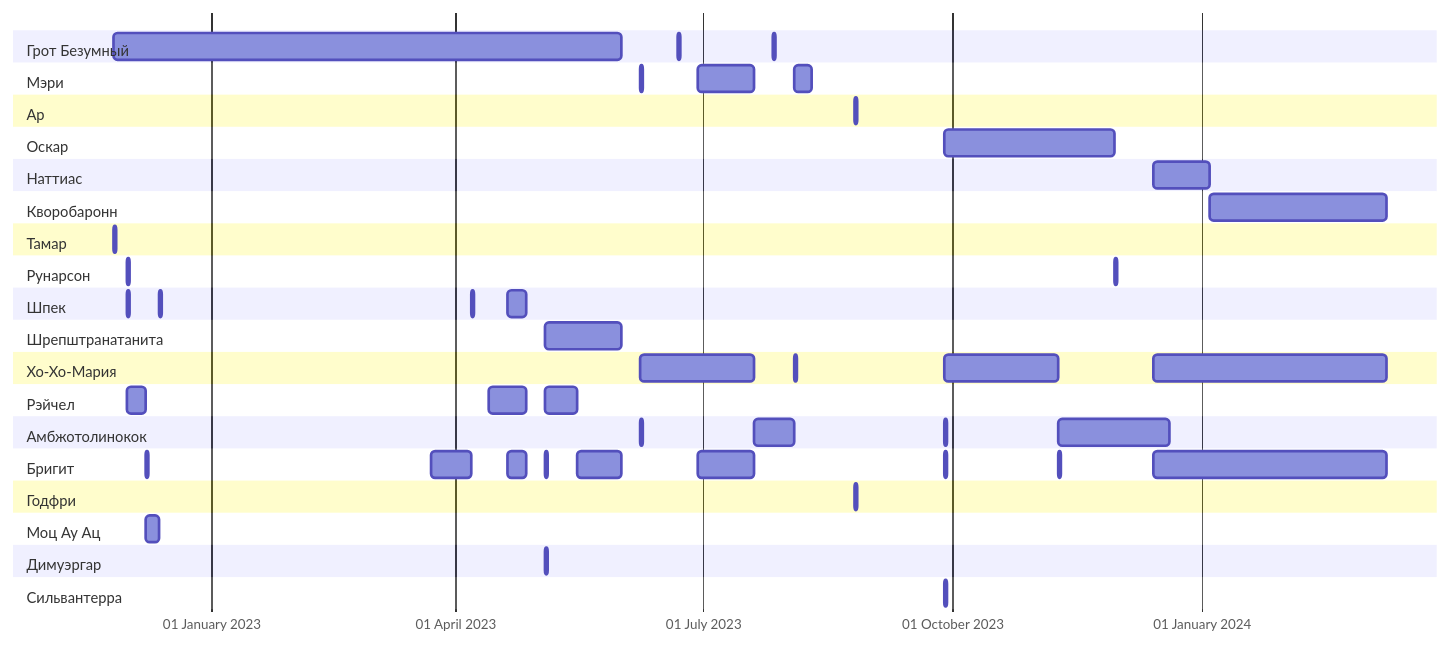
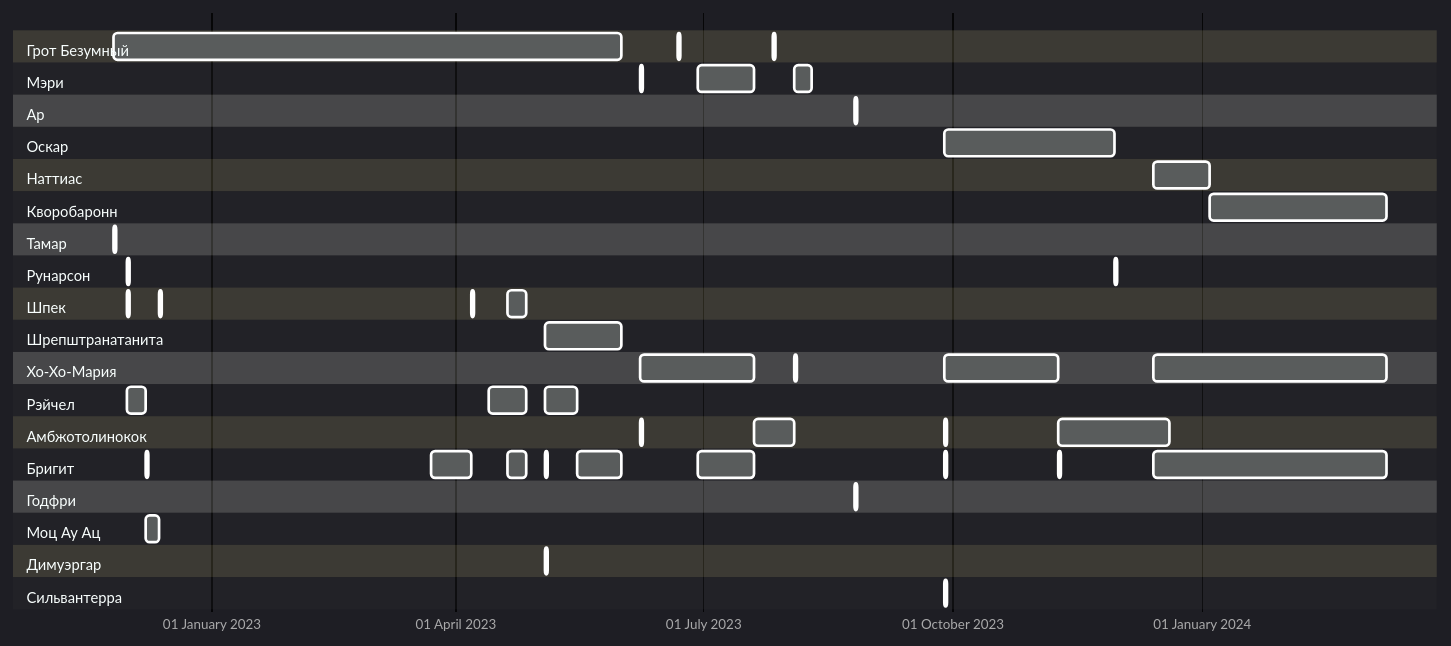
The diagram in src/site/notes/Дневник GG Dungeon.md (filhit/published-dnd-notes), drawn with Mermaid before and after one commit.

Commit message:
Update content src/site/notes/Дневник GG Dungeon.md

````diff
--- a/src/site/notes/Дневник GG Dungeon.md
+++ b/src/site/notes/Дневник GG Dungeon.md
@@ -43,67 +43,67 @@
 ```mermaid
 gantt
-%%{ init: { "gantt": { "displayMode": "compact" } } }%%
+%%{ init: { "gantt": { "displayMode": "compact" }, "theme": "dark" } }%%
     dateFormat YYYY-MM-DD
     axisFormat %d %B %Y
     tickInterval 3month
     section Грот Безумный
         ᠎: 2022-11-26,2023-06-01
         ᠎: 2023-06-22, 1d
         ᠎: 2023-07-27, 1d
 	section Мэри
 		᠎: 2023-06-08, 1d
 		᠎: 2023-06-29, 2023-07-20
 		᠎: 2023-08-04, 2023-08-10
 	section Ар
 		᠎: 2023-08-26, 1d 
 	section Оскар
 		᠎: 2023-09-28, 2023-11-30
 	section Наттиас
 		᠎: 2023-12-14, 2024-01-04
 	section Кворобаронн
 		᠎: 2024-01-04, 2024-03-09
     section Тамар
         ᠎ :2022-11-26, 1d
     section Рунарсон
 	    ᠎: 2022-12-01, 1d
 	    ᠎: 2023-11-30, 1d
 	section Шпек
 		᠎: 2022-12-01, 1d
 		᠎: 2022-12-13, 1d
 		᠎: 2023-04-07, 1d
 		᠎: 2023-04-20, 2023-04-27
 	section Шрепштранатанита
 		᠎: 2023-05-04, 2023-06-01
 	section Хо-Хо-Мария
 		᠎: 2023-06-08, 2023-07-20
 		᠎: 2023-08-04, 1d
 		᠎: 2023-09-28, 2023-11-09
 		᠎: 2023-12-14, 2024-03-09
     section Рэйчел
 	    ᠎: 2022-12-01, 2022-12-08
 	    ᠎: 2023-04-13, 2023-04-27
 	    ᠎: 2023-05-04, 2023-05-16
 	section Амбжотолинокок
 		᠎: 2023-06-08, 1d
 		᠎: 2023-07-20, 2023-08-04
 		᠎: 2023-09-28, 1d
 		᠎: 2023-11-09, 2023-12-20
 	section Бригит
 		᠎: 2022-12-08, 1d
 		᠎: 2023-03-23, 2023-04-07
 		᠎: 2023-04-20, 2023-04-27
 		᠎: 2023-05-04, 1d
 		᠎: 2023-05-16, 2023-06-01
 		᠎: 2023-06-29, 2023-07-20
 		᠎: 2023-09-28, 1d
 		᠎: 2023-11-09, 1d
 		᠎: 2023-12-14, 2024-03-09
 	section Годфри
 		᠎: 2023-08-26, 1d 
 	section Моц Ау Ац
 		᠎: 2022-12-08, 2022-12-13
 	section Димуэргар
 		᠎: 2023-05-04, 1d
 	section Сильвантерра
 		᠎: 2023-09-28, 1d
 ```
````
